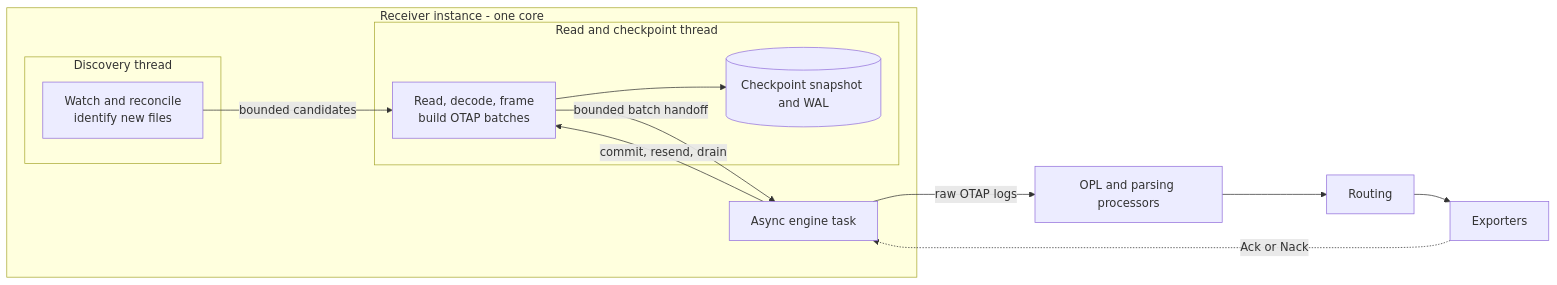
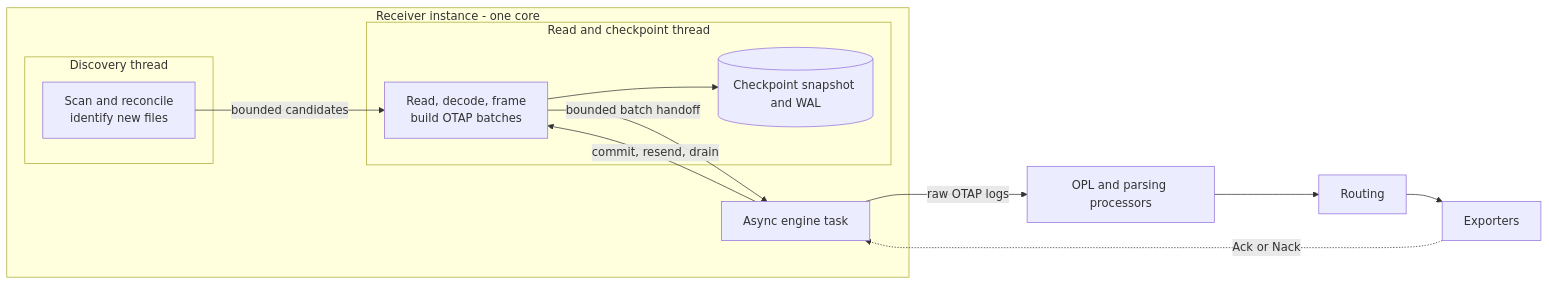
The first of 8 diagrams in rust/otap-dataflow/docs/filelog-receiver.md (open-telemetry/otel-arrow), drawn with Mermaid before and after one commit. The commit also changed other lines of this file, not shown here.

````diff
--- a/rust/otap-dataflow/docs/filelog-receiver.md
+++ b/rust/otap-dataflow/docs/filelog-receiver.md
@@ -213,18 +214,18 @@
 ```mermaid
 flowchart LR
   subgraph receiver["Receiver instance - one core"]
     subgraph discovery["Discovery thread"]
-      D["Watch and reconcile<br/>identify new files"]
+      D["Scan and reconcile<br/>identify new files"]
     end
     D -->|"bounded candidates"| W
     subgraph worker["Read and checkpoint thread"]
       W["Read, decode, frame<br/>build OTAP batches"]
       W --> CK[("Checkpoint snapshot and WAL")]
     end
     W -->|"bounded batch handoff"| A["Async engine task"]
     A -->|"commit, resend, drain"| W
   end
   A -->|"raw OTAP logs"| P["OPL and parsing processors"]
   P --> R["Routing"] --> E["Exporters"]
   E -.->|"Ack or Nack"| A
 ```
````
